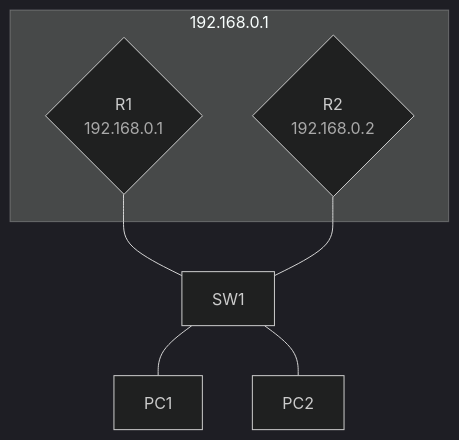
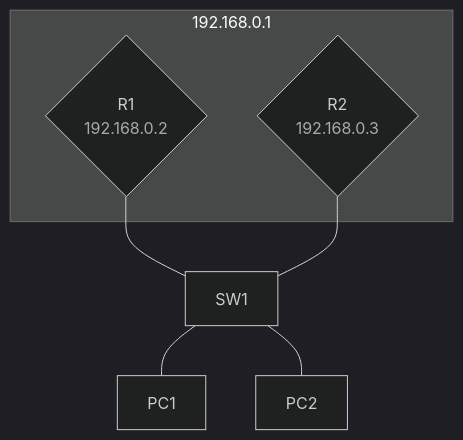
One commit to xeylou/testade.xeylou.fr changed the diagram in content/posts/cisco-hsrp/index.md. Above: the diagram before and after it, drawn with Mermaid. The commit also changed other lines of this file, not shown here.

Commit message:
fix: hsrp article -> wrong routers ip addresses

```diff
--- a/content/posts/cisco-hsrp/index.md
+++ b/content/posts/cisco-hsrp/index.md
@@ -32,16 +32,16 @@
 {{< mermaid >}}
 %%{init: {'theme':'dark'}}%%
 graph TD
 subgraph 192.168.0.1
-r1{R1<br><font color="#a9a9a9">192.168.0.1</font>}
-r2{R2<br><font color="#a9a9a9">192.168.0.2</font>}
+r1{R1<br><font color="#a9a9a9">192.168.0.2</font>}
+r2{R2<br><font color="#a9a9a9">192.168.0.3</font>}
 end
 
 sw1[SW1]
 pc1[PC1]
 pc2[PC2]
 
 r1 --- sw1
 r2 --- sw1
 sw1 --- pc1 & pc2
 {{< /mermaid >}}
```
